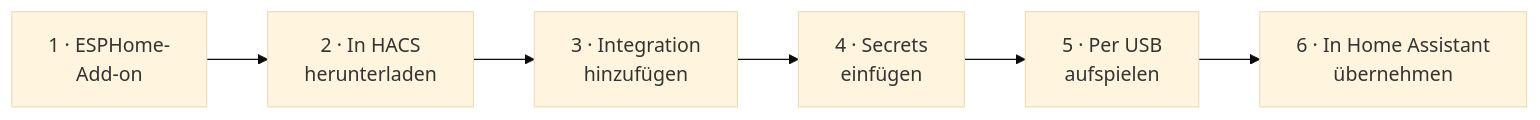
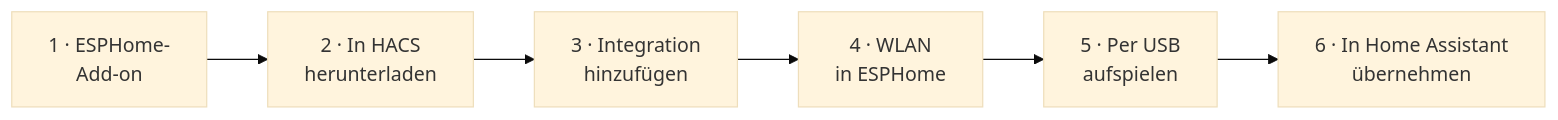
The diagram in README.de.md (Aggro600/ESPHomeRemote), drawn with Mermaid (base theme) before and after one commit. The commit also changed other lines of this file and 16 other files, not shown here.

````diff
--- a/README.de.md
+++ b/README.de.md
@@ -238,4 +238,4 @@
 ```mermaid
 flowchart LR
-  A["1 · ESPHome-<br/>Add-on"] --> B["2 · In HACS<br/>herunterladen"] --> C["3 · Integration<br/>hinzufügen"] --> D["4 · Secrets<br/>einfügen"] --> E["5 · Per USB<br/>aufspielen"] --> F["6 · In Home Assistant<br/>übernehmen"]
+  A["1 · ESPHome-<br/>Add-on"] --> B["2 · In HACS<br/>herunterladen"] --> C["3 · Integration<br/>hinzufügen"] --> D["4 · WLAN<br/>in ESPHome"] --> E["5 · Per USB<br/>aufspielen"] --> F["6 · In Home Assistant<br/>übernehmen"]
 ```
````
